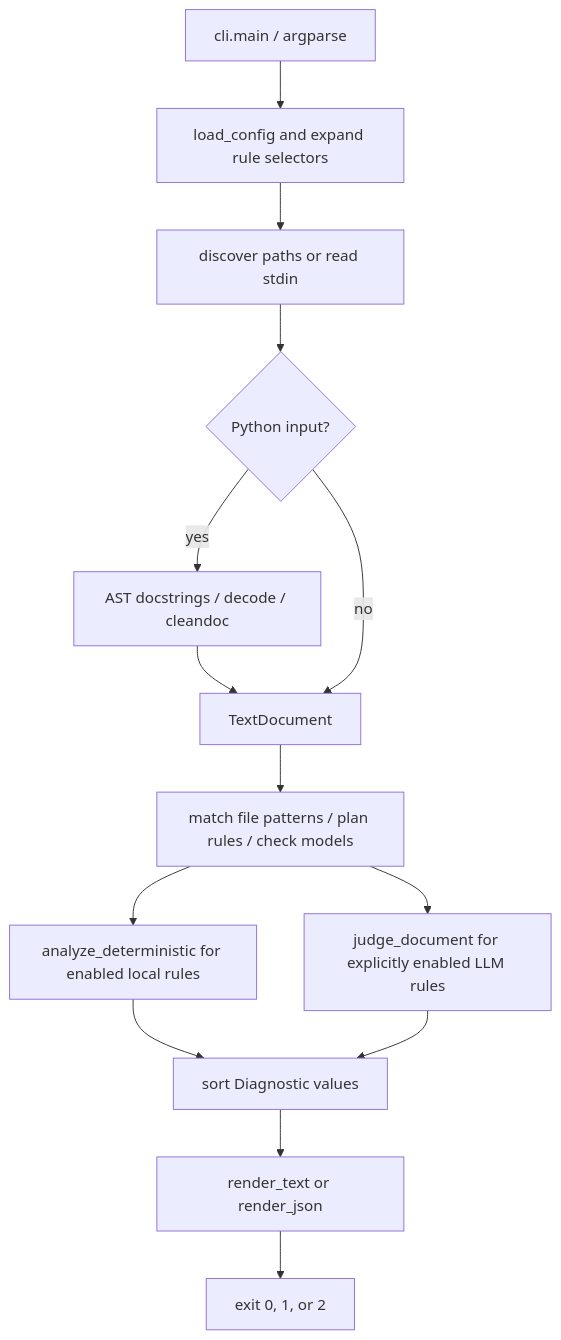
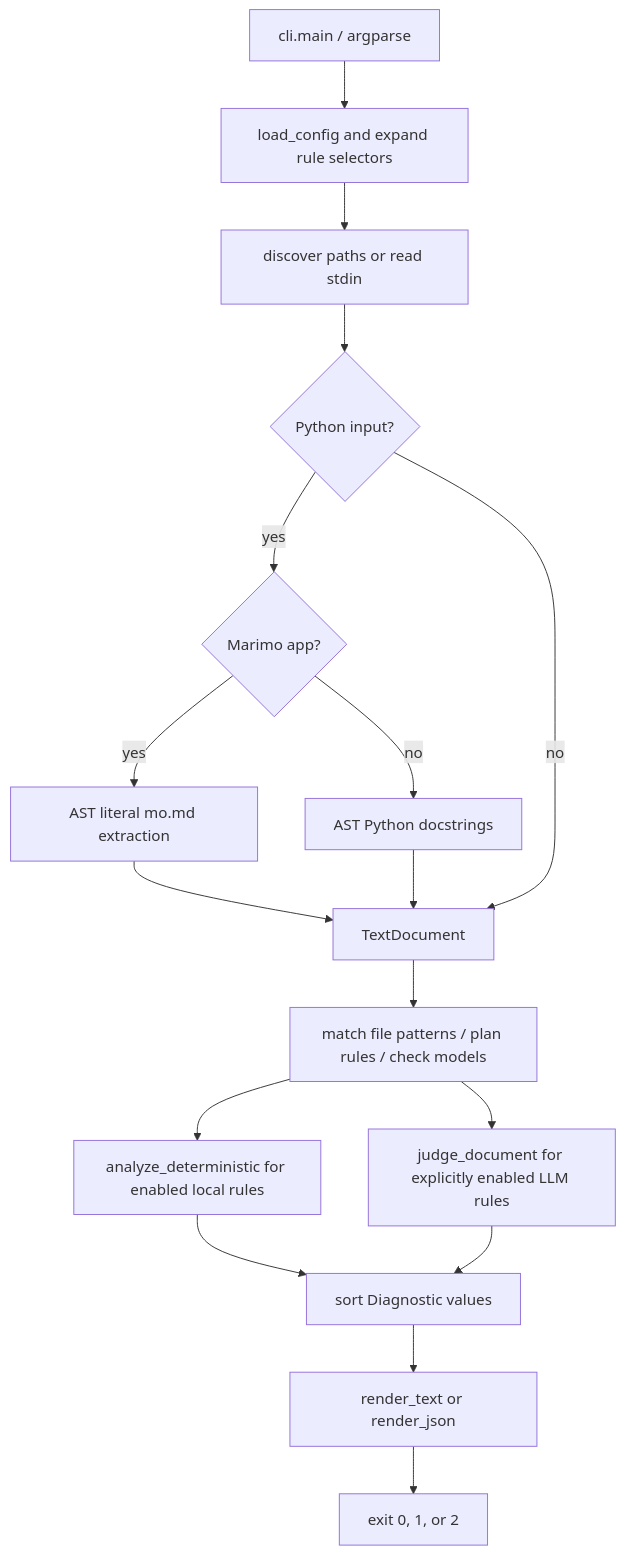
The diagram in docs/architecture.md (FausticSun/style-audit), drawn with Mermaid before and after one commit. The commit also changed other lines of this file and 20 other files, not shown here.

````diff
--- a/docs/architecture.md
+++ b/docs/architecture.md
@@ -5,16 +5,19 @@
 ```mermaid
 flowchart TD
     A[cli.main / argparse] --> B[load_config and expand rule selectors]
     B --> C[discover paths or read stdin]
     C --> P{Python input?}
-    P -->|yes| Q[AST docstrings / decode / cleandoc]
-    Q --> D[TextDocument]
+    P -->|yes| Q{Marimo app?}
+    Q -->|yes| M[AST literal mo.md extraction]
+    Q -->|no| R[AST Python docstrings]
+    M --> D[TextDocument]
+    R --> D
     P -->|no| D
     D --> S[match file patterns / plan rules / check models]
     S --> E[analyze_deterministic for enabled local rules]
     S --> F[judge_document for explicitly enabled LLM rules]
     E --> G[sort Diagnostic values]
     F --> G
     G --> H[render_text or render_json]
     H --> I[exit 0, 1, or 2]
 ```
````
